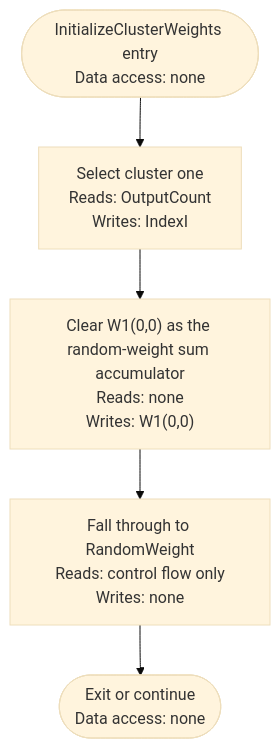
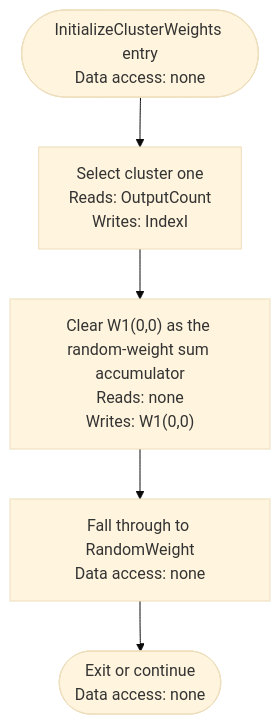
Before and after one commit to sharpninja/NeuralNetworks: diagram 12 of 44 in docs/Diagrams/CL-ML-Activity-Diagrams.md, drawn with Mermaid (base theme). The commit also changed other lines of this file and 10 other files, not shown here.

````diff
--- a/docs/Diagrams/CL-ML-Activity-Diagrams.md
+++ b/docs/Diagrams/CL-ML-Activity-Diagrams.md
@@ -296,7 +328,7 @@
 ```mermaid
 flowchart TD
     A(["InitializeClusterWeights entry<br/>Data access: none"]) --> B["Select cluster one<br/>Reads: OutputCount<br/>Writes: IndexI"]
     B --> C["Clear W1(0,0) as the random-weight sum accumulator<br/>Reads: none<br/>Writes: W1(0,0)"]
-    C --> D["Fall through to RandomWeight<br/>Reads: control flow only<br/>Writes: none"]
+    C --> D["Fall through to RandomWeight<br/>Data access: none"]
     D --> Z(["Exit or continue<br/>Data access: none"])
 ```
````
